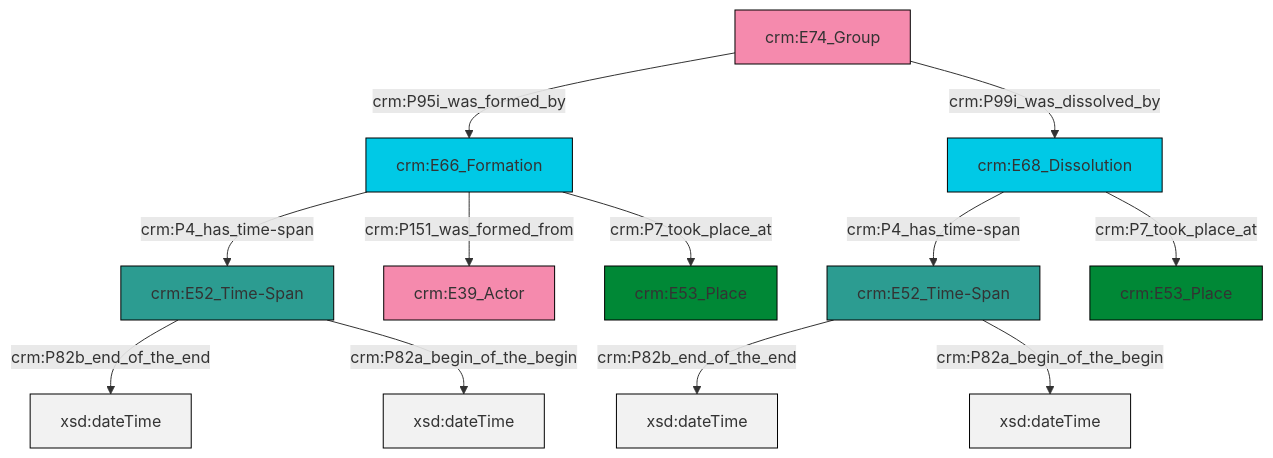
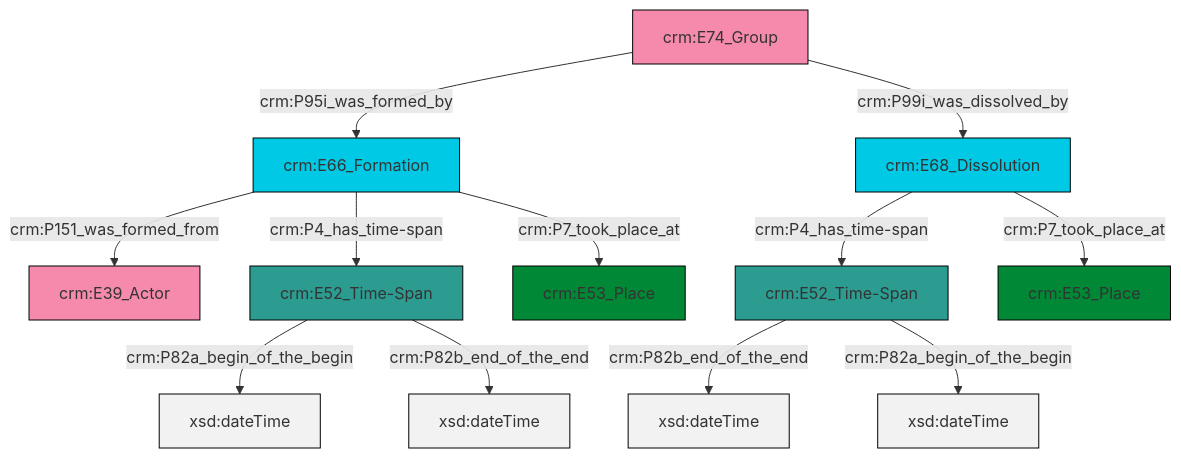
Before and after one commit to swiss-art-research-net/reference-data-models: the diagram in et/groupCSV/ttl/mmd/group_existence.ttl.mmd, drawn with Mermaid. The commit also changed 127 other files, not shown here.

```diff
--- a/et/groupCSV/ttl/mmd/group_existence.ttl.mmd
+++ b/et/groupCSV/ttl/mmd/group_existence.ttl.mmd
@@ -1,26 +1,26 @@
 graph TD
 classDef Literal fill:#f2f2f2,stroke:#000000;
 classDef CRM_Entity fill:#FFFFFF,stroke:#000000;
 classDef Temporal_Entity fill:#00C9E6, stroke:#000000;
 classDef Type fill:#E18312, stroke:#000000;
 classDef Time-Span fill:#2C9C91, stroke:#000000;
 classDef Appellation fill:#FFEB7F, stroke:#000000;
 classDef Place fill:#008836, stroke:#000000;
 classDef Persistent_Item fill:#B266B2, stroke:#000000;
 classDef Conceptual_Object fill:#FFD700, stroke:#000000;
 classDef Physical_Thing fill:#D2B48C, stroke:#000000;
 classDef Actor fill:#f58aad, stroke:#000000;
 classDef PC_Classes fill:#4ce600, stroke:#000000;
 classDef Multi fill:#cccccc,stroke:#000000;
 
-0["crm:E66_Formation"]:::Temporal_Entity -->|crm:P4_has_time-span| 2["crm:E52_Time-Span"]:::Time-Span
-2["crm:E52_Time-Span"]:::Time-Span -->|crm:P82b_end_of_the_end| 3[xsd:dateTime]:::Literal
-4["crm:E68_Dissolution"]:::Temporal_Entity -->|crm:P4_has_time-span| 5["crm:E52_Time-Span"]:::Time-Span
-5["crm:E52_Time-Span"]:::Time-Span -->|crm:P82b_end_of_the_end| 6[xsd:dateTime]:::Literal
-2["crm:E52_Time-Span"]:::Time-Span -->|crm:P82a_begin_of_the_begin| 7[xsd:dateTime]:::Literal
-10["crm:E74_Group"]:::Actor -->|crm:P95i_was_formed_by| 0["crm:E66_Formation"]:::Temporal_Entity
-4["crm:E68_Dissolution"]:::Temporal_Entity -->|crm:P7_took_place_at| 13["crm:E53_Place"]:::Place
-0["crm:E66_Formation"]:::Temporal_Entity -->|crm:P151_was_formed_from| 16["crm:E39_Actor"]:::Actor
-0["crm:E66_Formation"]:::Temporal_Entity -->|crm:P7_took_place_at| 11["crm:E53_Place"]:::Place
-5["crm:E52_Time-Span"]:::Time-Span -->|crm:P82a_begin_of_the_begin| 17[xsd:dateTime]:::Literal
-10["crm:E74_Group"]:::Actor -->|crm:P99i_was_dissolved_by| 4["crm:E68_Dissolution"]:::Temporal_Entity
+0["crm:E74_Group"]:::Actor -->|crm:P95i_was_formed_by| 1["crm:E66_Formation"]:::Temporal_Entity
+2["crm:E68_Dissolution"]:::Temporal_Entity -->|crm:P4_has_time-span| 3["crm:E52_Time-Span"]:::Time-Span
+3["crm:E52_Time-Span"]:::Time-Span -->|crm:P82b_end_of_the_end| 4[xsd:dateTime]:::Literal
+2["crm:E68_Dissolution"]:::Temporal_Entity -->|crm:P7_took_place_at| 7["crm:E53_Place"]:::Place
+5["crm:E52_Time-Span"]:::Time-Span -->|crm:P82a_begin_of_the_begin| 11[xsd:dateTime]:::Literal
+5["crm:E52_Time-Span"]:::Time-Span -->|crm:P82b_end_of_the_end| 12[xsd:dateTime]:::Literal
+1["crm:E66_Formation"]:::Temporal_Entity -->|crm:P151_was_formed_from| 13["crm:E39_Actor"]:::Actor
+0["crm:E74_Group"]:::Actor -->|crm:P99i_was_dissolved_by| 2["crm:E68_Dissolution"]:::Temporal_Entity
+1["crm:E66_Formation"]:::Temporal_Entity -->|crm:P4_has_time-span| 5["crm:E52_Time-Span"]:::Time-Span
+3["crm:E52_Time-Span"]:::Time-Span -->|crm:P82a_begin_of_the_begin| 15[xsd:dateTime]:::Literal
+1["crm:E66_Formation"]:::Temporal_Entity -->|crm:P7_took_place_at| 17["crm:E53_Place"]:::Place
```
